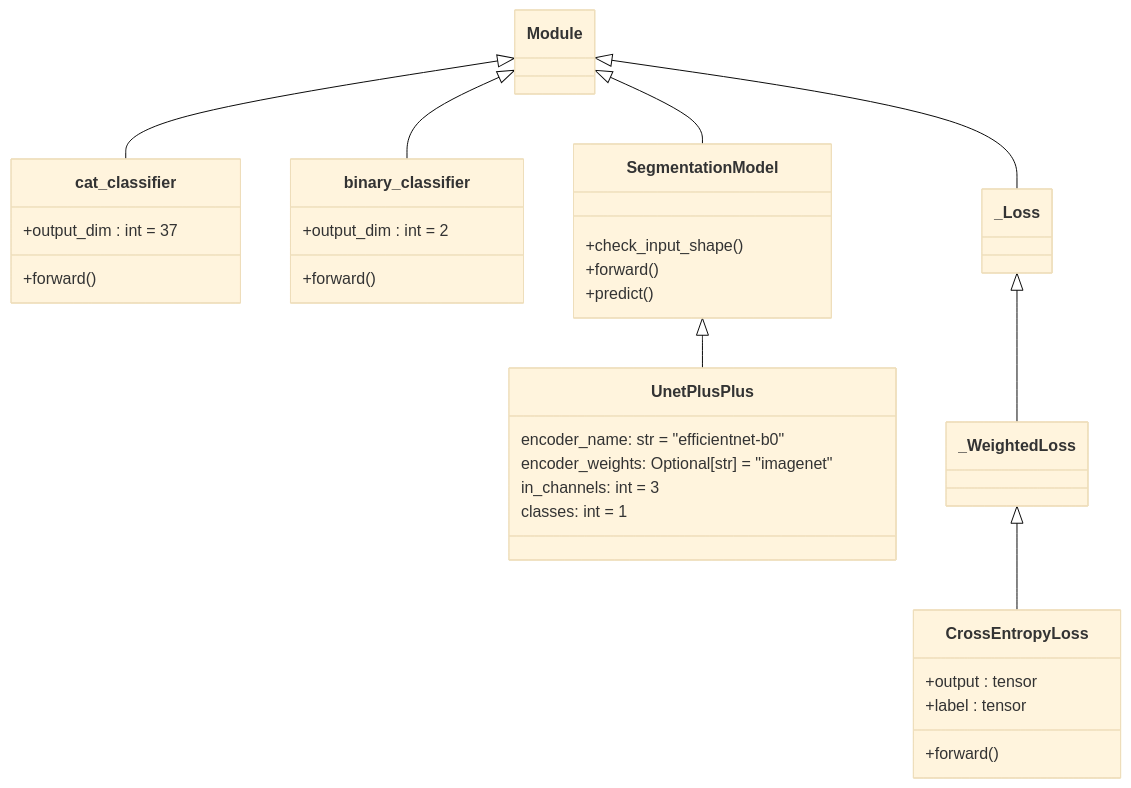
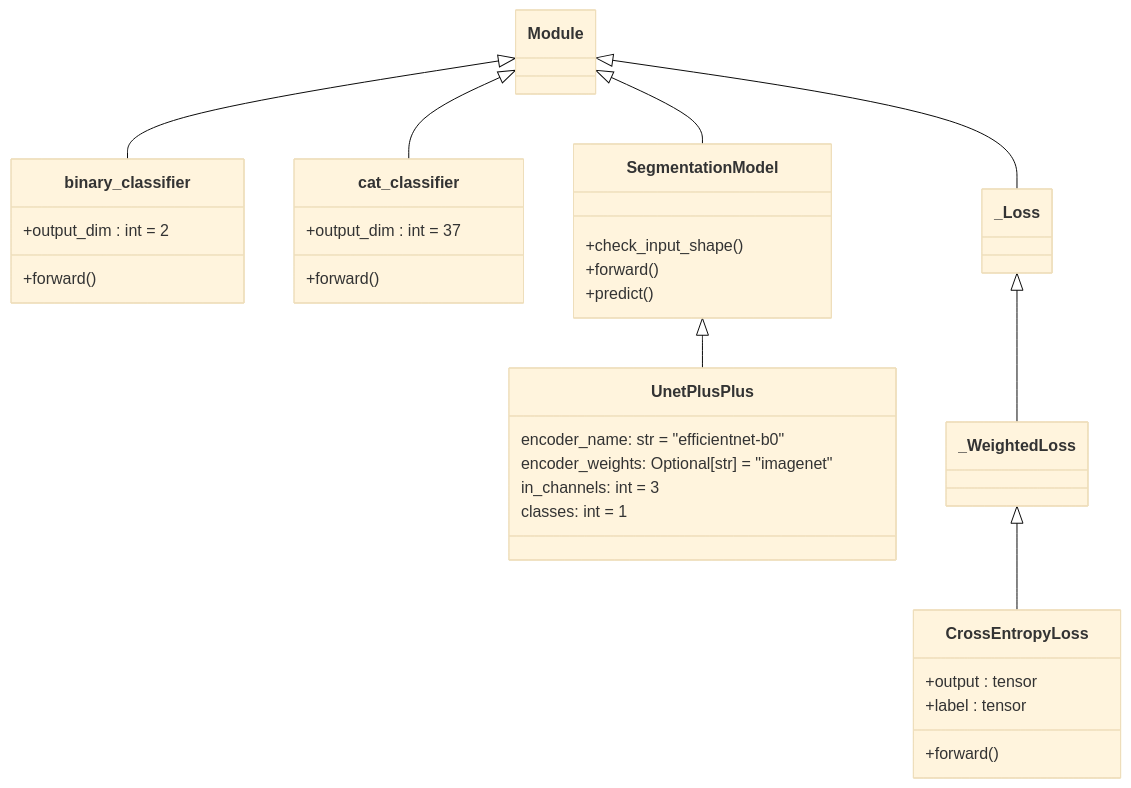
One commit to tzuhsunn/oop-proj-cat-collector changed the diagram in model.md. Above: the diagram before and after it, drawn with Mermaid (base theme). The commit also changed other lines of this file and 1 other file, not shown here.

````diff
--- a/model.md
+++ b/model.md
@@ -1,40 +1,40 @@
 ```mermaid
 classDiagram
+    class binary_classifier{
+        +output_dim : int = 2
+        +forward()
+    }
     class cat_classifier{
         +output_dim : int = 37
         +forward()
     }
     class Module{
-    }
-    class binary_classifier{
-        +output_dim : int = 2
-        +forward()
     }
     class CrossEntropyLoss{
         +output : tensor
         +label : tensor
         +forward()
     }
     class UnetPlusPlus{
         encoder_name: str = "efficientnet-b0"
         encoder_weights: Optional[str] = "imagenet"
         in_channels: int = 3
         classes: int = 1
     }
     class SegmentationModel{
         +check_input_shape()
         +forward()
         +predict()
     }
     class _Loss{
     }
     class _WeightedLoss{
     }
     Module <|-- cat_classifier
     Module <|-- binary_classifier
     Module <|-- _Loss
     _Loss <|-- _WeightedLoss
     _WeightedLoss <|-- CrossEntropyLoss
     Module <|-- SegmentationModel
     SegmentationModel <|-- UnetPlusPlus
 ```
````
